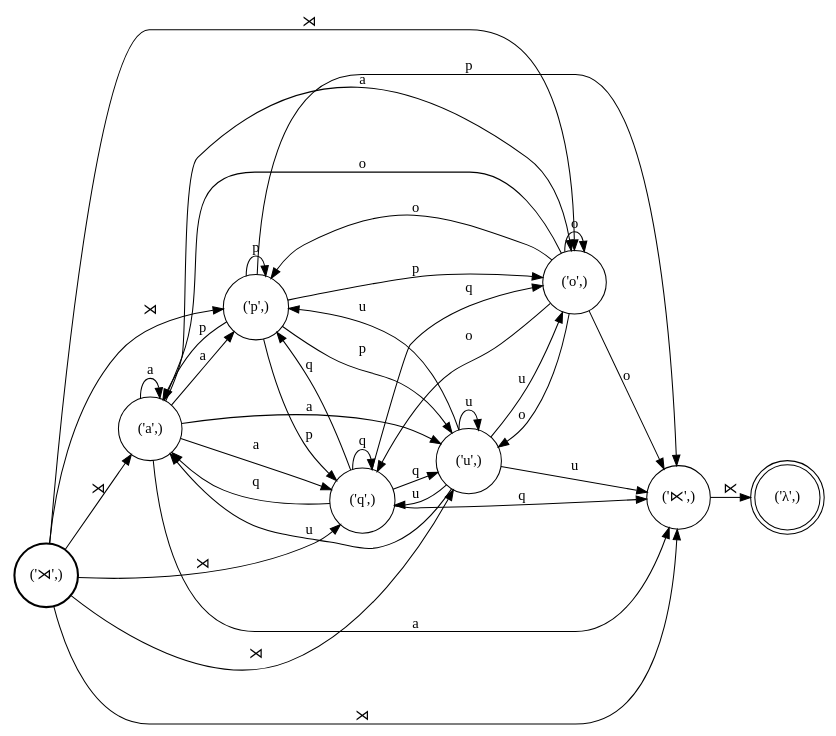
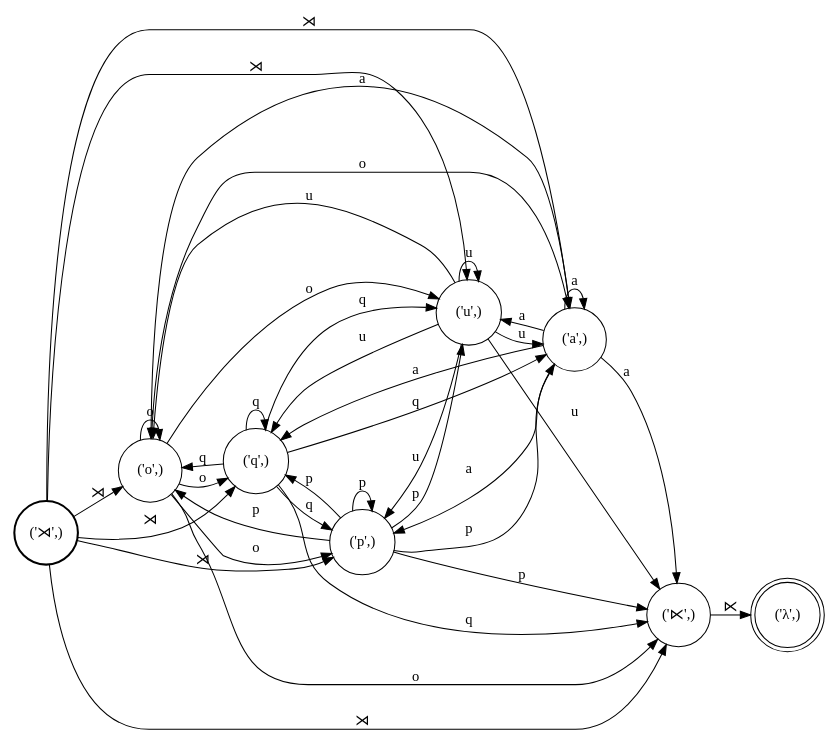
The diagram in demo/quechua/Right_context.dot (colincwilson/statgram), drawn with Graphviz before and after one commit. The commit also changed 9 other files, not shown here.

```diff
--- a/demo/quechua/Right_context.dot
+++ b/demo/quechua/Right_context.dot
@@ -1,53 +1,53 @@
 digraph FST {
 rankdir = LR;
 size = "8.5,11";
 center = 1;
 orientation = Portrait;
 ranksep = "0.4";
 nodesep = "0.25";
 7 [label = "('⋊',)", shape = circle, style = bold, fontsize = 14]
+	7 -> 6 [label = "⋊", fontsize = 14];
+	7 -> 5 [label = "⋊", fontsize = 14];
 	7 -> 4 [label = "⋊", fontsize = 14];
-	7 -> 6 [label = "⋊", fontsize = 14];
 	7 -> 1 [label = "⋊", fontsize = 14];
-	7 -> 5 [label = "⋊", fontsize = 14];
+	7 -> 2 [label = "⋊", fontsize = 14];
 	7 -> 3 [label = "⋊", fontsize = 14];
-	7 -> 2 [label = "⋊", fontsize = 14];
 0 [label = "('λ',)", shape = doublecircle, style = solid, fontsize = 14]
 1 [label = "('⋉',)", shape = circle, style = solid, fontsize = 14]
 	1 -> 0 [label = "⋉", fontsize = 14];
-2 [label = "('q',)", shape = circle, style = solid, fontsize = 14]
-	2 -> 1 [label = "q", fontsize = 14];
-	2 -> 6 [label = "q", fontsize = 14];
-	2 -> 5 [label = "q", fontsize = 14];
-	2 -> 3 [label = "q", fontsize = 14];
-	2 -> 4 [label = "q", fontsize = 14];
-	2 -> 2 [label = "q", fontsize = 14];
-3 [label = "('u',)", shape = circle, style = solid, fontsize = 14]
-	3 -> 1 [label = "u", fontsize = 14];
-	3 -> 6 [label = "u", fontsize = 14];
-	3 -> 5 [label = "u", fontsize = 14];
-	3 -> 3 [label = "u", fontsize = 14];
-	3 -> 4 [label = "u", fontsize = 14];
-	3 -> 2 [label = "u", fontsize = 14];
+2 [label = "('u',)", shape = circle, style = solid, fontsize = 14]
+	2 -> 1 [label = "u", fontsize = 14];
+	2 -> 6 [label = "u", fontsize = 14];
+	2 -> 2 [label = "u", fontsize = 14];
+	2 -> 5 [label = "u", fontsize = 14];
+	2 -> 3 [label = "u", fontsize = 14];
+	2 -> 4 [label = "u", fontsize = 14];
+3 [label = "('p',)", shape = circle, style = solid, fontsize = 14]
+	3 -> 1 [label = "p", fontsize = 14];
+	3 -> 6 [label = "p", fontsize = 14];
+	3 -> 2 [label = "p", fontsize = 14];
+	3 -> 5 [label = "p", fontsize = 14];
+	3 -> 3 [label = "p", fontsize = 14];
+	3 -> 4 [label = "p", fontsize = 14];
 4 [label = "('a',)", shape = circle, style = solid, fontsize = 14]
 	4 -> 1 [label = "a", fontsize = 14];
 	4 -> 6 [label = "a", fontsize = 14];
+	4 -> 2 [label = "a", fontsize = 14];
 	4 -> 5 [label = "a", fontsize = 14];
 	4 -> 3 [label = "a", fontsize = 14];
 	4 -> 4 [label = "a", fontsize = 14];
-	4 -> 2 [label = "a", fontsize = 14];
-5 [label = "('o',)", shape = circle, style = solid, fontsize = 14]
-	5 -> 1 [label = "o", fontsize = 14];
-	5 -> 6 [label = "o", fontsize = 14];
-	5 -> 5 [label = "o", fontsize = 14];
-	5 -> 3 [label = "o", fontsize = 14];
-	5 -> 4 [label = "o", fontsize = 14];
-	5 -> 2 [label = "o", fontsize = 14];
-6 [label = "('p',)", shape = circle, style = solid, fontsize = 14]
-	6 -> 1 [label = "p", fontsize = 14];
-	6 -> 6 [label = "p", fontsize = 14];
-	6 -> 5 [label = "p", fontsize = 14];
-	6 -> 3 [label = "p", fontsize = 14];
-	6 -> 4 [label = "p", fontsize = 14];
-	6 -> 2 [label = "p", fontsize = 14];
+5 [label = "('q',)", shape = circle, style = solid, fontsize = 14]
+	5 -> 1 [label = "q", fontsize = 14];
+	5 -> 6 [label = "q", fontsize = 14];
+	5 -> 2 [label = "q", fontsize = 14];
+	5 -> 5 [label = "q", fontsize = 14];
+	5 -> 3 [label = "q", fontsize = 14];
+	5 -> 4 [label = "q", fontsize = 14];
+6 [label = "('o',)", shape = circle, style = solid, fontsize = 14]
+	6 -> 1 [label = "o", fontsize = 14];
+	6 -> 6 [label = "o", fontsize = 14];
+	6 -> 2 [label = "o", fontsize = 14];
+	6 -> 5 [label = "o", fontsize = 14];
+	6 -> 3 [label = "o", fontsize = 14];
+	6 -> 4 [label = "o", fontsize = 14];
 }
```
